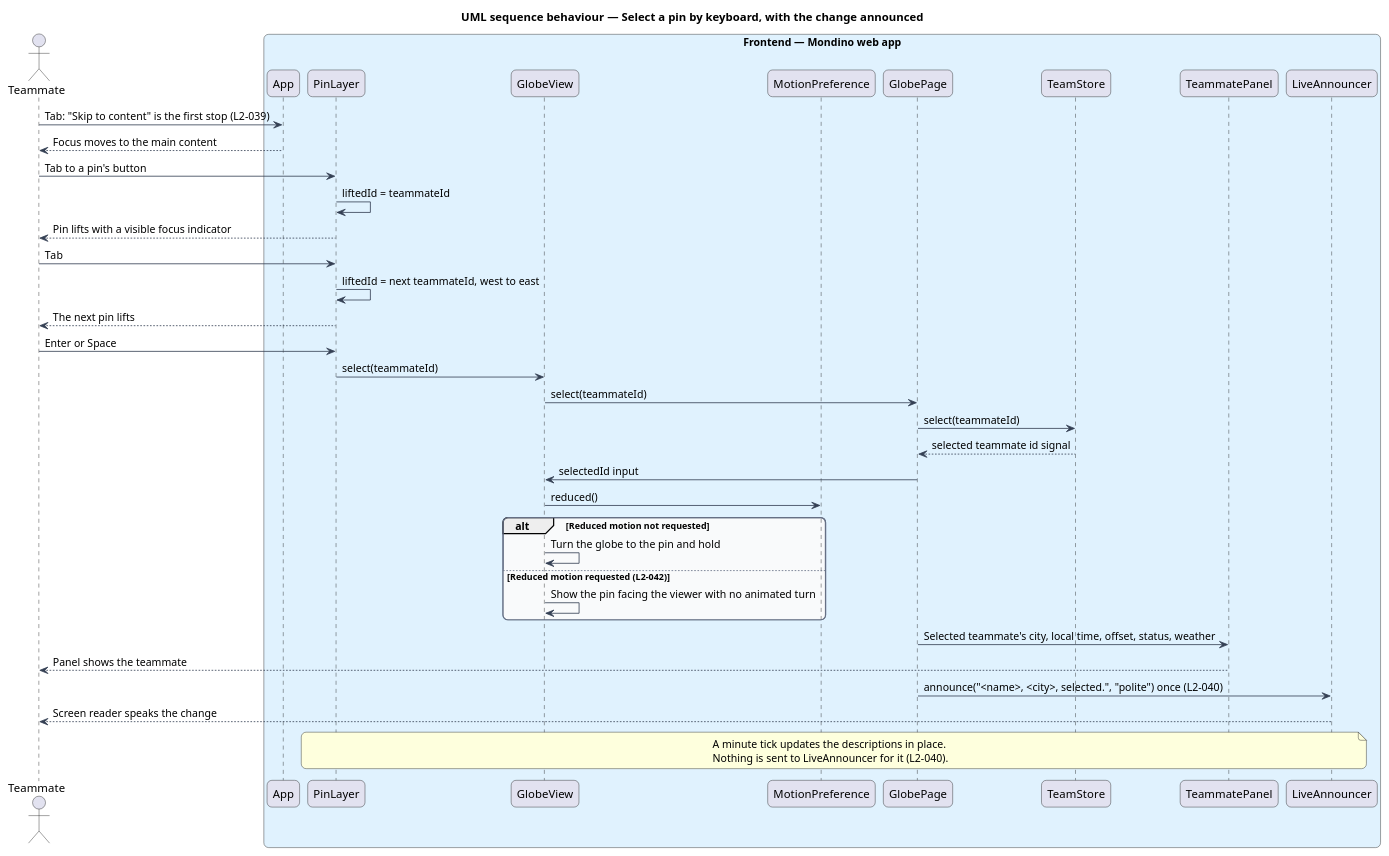
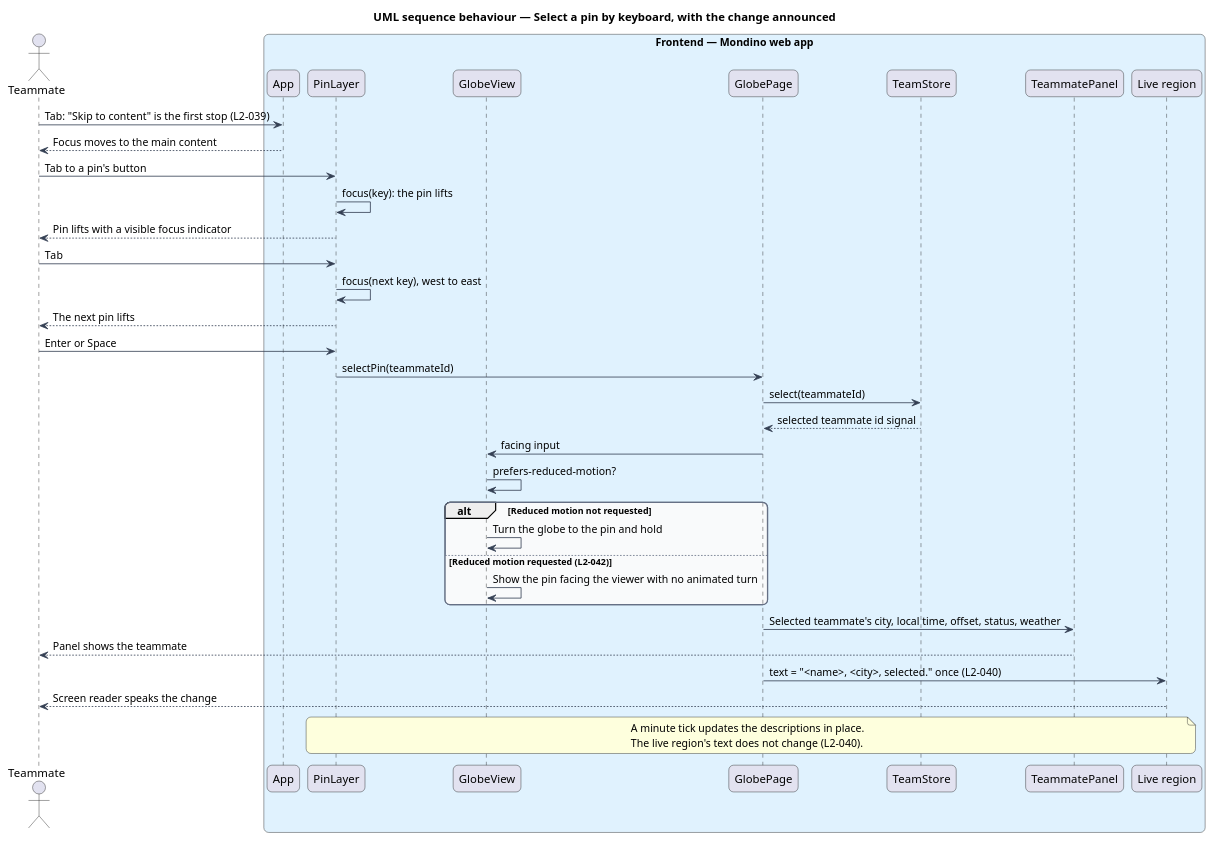
One commit to QuinntyneBrown/Mondino changed the diagram in docs/detailed-designs/platform/make-accessible/diagrams/sequence-select-pin-by-keyboard.puml. Above: the diagram before and after it, drawn with PlantUML. The commit also changed 8 other files, not shown here.

```diff
--- a/docs/detailed-designs/platform/make-accessible/diagrams/sequence-select-pin-by-keyboard.puml
+++ b/docs/detailed-designs/platform/make-accessible/diagrams/sequence-select-pin-by-keyboard.puml
@@ -1,56 +1,54 @@
 @startuml
 title UML sequence behaviour — Select a pin by keyboard, with the change announced
 skinparam backgroundColor #FFFFFF
 skinparam shadowing false
 skinparam roundcorner 12
 skinparam defaultFontName Arial
 skinparam ArrowColor #344054
 skinparam rectangle {
   BorderColor #344054
   FontColor #101828
 }
 skinparam package {
   BorderColor #667085
   FontColor #101828
   BackgroundColor #F9FAFB
 }
 actor "Teammate" as actor
 box "Frontend — Mondino web app" #E0F2FE
   participant "App" as shell
   participant "PinLayer" as layer
   participant "GlobeView" as view
-  participant "MotionPreference" as motion
   participant "GlobePage" as page
   participant "TeamStore" as store
   participant "TeammatePanel" as panel
-  participant "LiveAnnouncer" as announcer
+  participant "Live region" as announcer
 end box
 actor -> shell : Tab: "Skip to content" is the first stop (L2-039)
 shell --> actor : Focus moves to the main content
 actor -> layer : Tab to a pin's button
-layer -> layer : liftedId = teammateId
+layer -> layer : focus(key): the pin lifts
 layer --> actor : Pin lifts with a visible focus indicator
 actor -> layer : Tab
-layer -> layer : liftedId = next teammateId, west to east
+layer -> layer : focus(next key), west to east
 layer --> actor : The next pin lifts
 actor -> layer : Enter or Space
-layer -> view : select(teammateId)
-view -> page : select(teammateId)
+layer -> page : selectPin(teammateId)
 page -> store : select(teammateId)
 store --> page : selected teammate id signal
-page -> view : selectedId input
-view -> motion : reduced()
+page -> view : facing input
+view -> view : prefers-reduced-motion?
 alt Reduced motion not requested
   view -> view : Turn the globe to the pin and hold
 else Reduced motion requested (L2-042)
   view -> view : Show the pin facing the viewer with no animated turn
 end
 page -> panel : Selected teammate's city, local time, offset, status, weather
 panel --> actor : Panel shows the teammate
-page -> announcer : announce("<name>, <city>, selected.", "polite") once (L2-040)
+page -> announcer : text = "<name>, <city>, selected." once (L2-040)
 announcer --> actor : Screen reader speaks the change
 note over layer, announcer
   A minute tick updates the descriptions in place.
-  Nothing is sent to LiveAnnouncer for it (L2-040).
+  The live region's text does not change (L2-040).
 end note
 @enduml
```
